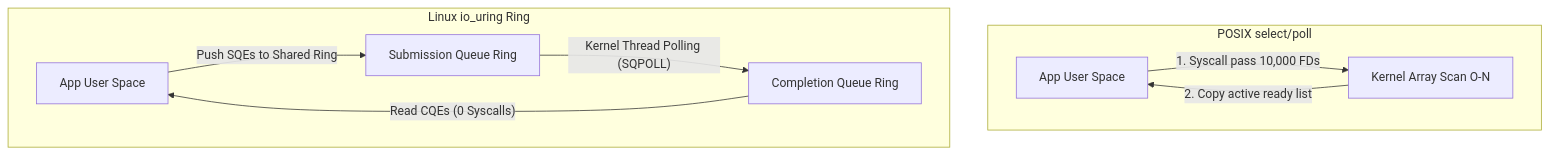
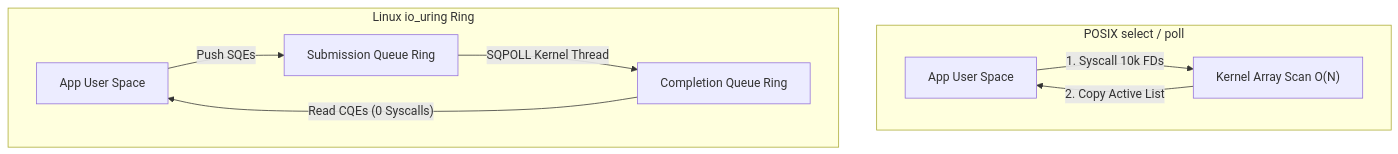
One commit to AndreaPallotta/subroutine changed the diagram in src/content/articles/linux-event-loops-epoll-iouring.mdx. Above: the diagram before and after it, drawn with Mermaid. The commit also changed 6 other files, not shown here.

Commit message:
Fixed mermaid graph in ntp article

````diff
--- a/src/content/articles/linux-event-loops-epoll-iouring.mdx
+++ b/src/content/articles/linux-event-loops-epoll-iouring.mdx
@@ -43,13 +43,13 @@
 ```mermaid
 graph TD
-    subgraph POSIX select/poll
-    A1[App User Space] -- 1. Syscall pass 10,000 FDs --> K1[Kernel Array Scan O-N]
-    K1 -- 2. Copy active ready list --> A1
+    subgraph Select["POSIX select / poll"]
+    A1["App User Space"] -->|"1. Syscall 10k FDs"| K1["Kernel Array Scan O(N)"]
+    K1 -->|"2. Copy Active List"| A1
     end
 
-    subgraph Linux io_uring Ring
-    U2[App User Space] -- Push SQEs to Shared Ring --> SQ[Submission Queue Ring]
-    SQ -- Kernel Thread Polling (SQPOLL) --> CQ[Completion Queue Ring]
-    CQ -- Read CQEs (0 Syscalls) --> U2
+    subgraph Uring["Linux io_uring Ring"]
+    U2["App User Space"] -->|"Push SQEs"| SQ["Submission Queue Ring"]
+    SQ -->|"SQPOLL Kernel Thread"| CQ["Completion Queue Ring"]
+    CQ -->|"Read CQEs (0 Syscalls)"| U2
     end
 ```
````
